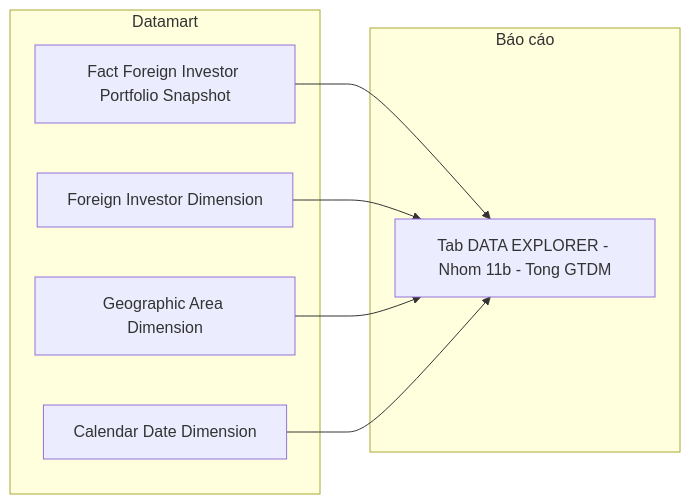
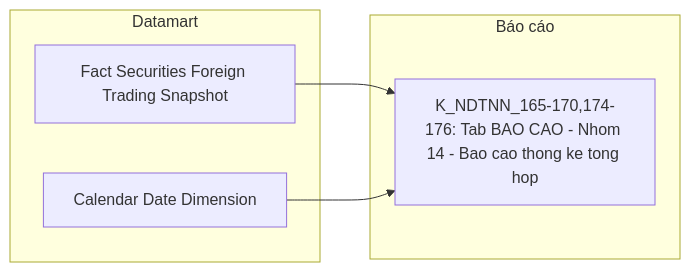
Diagram 24 of 27 in Datamart/hld/DTM_NDTNN_HLD.md (linhlvit/ubck_atomic_design), drawn with Mermaid before and after one commit. The commit also changed other lines of this file and 19 other files, not shown here.

````diff
--- a/Datamart/hld/DTM_NDTNN_HLD.md
+++ b/Datamart/hld/DTM_NDTNN_HLD.md
@@ -1111,16 +1121,12 @@
 ```mermaid
 flowchart LR
     subgraph Datamart["Datamart"]
-        G1["Fact Foreign Investor Portfolio Snapshot"]
-        G2["Foreign Investor Dimension"]
-        G3["Geographic Area Dimension"]
-        G4["Calendar Date Dimension"]
+        G1["Fact Securities Foreign Trading Snapshot"]
+        G2["Calendar Date Dimension"]
     end
     subgraph RPT["Báo cáo"]
-        R1["Tab DATA EXPLORER - Nhom 11b - Tong GTDM"]
+        R1["K_NDTNN_165-170,174-176: Tab BAO CAO - Nhom 14 - Bao cao thong ke tong hop"]
     end
     G1 --> R1
     G2 --> R1
-    G3 --> R1
-    G4 --> R1
 ```
````
